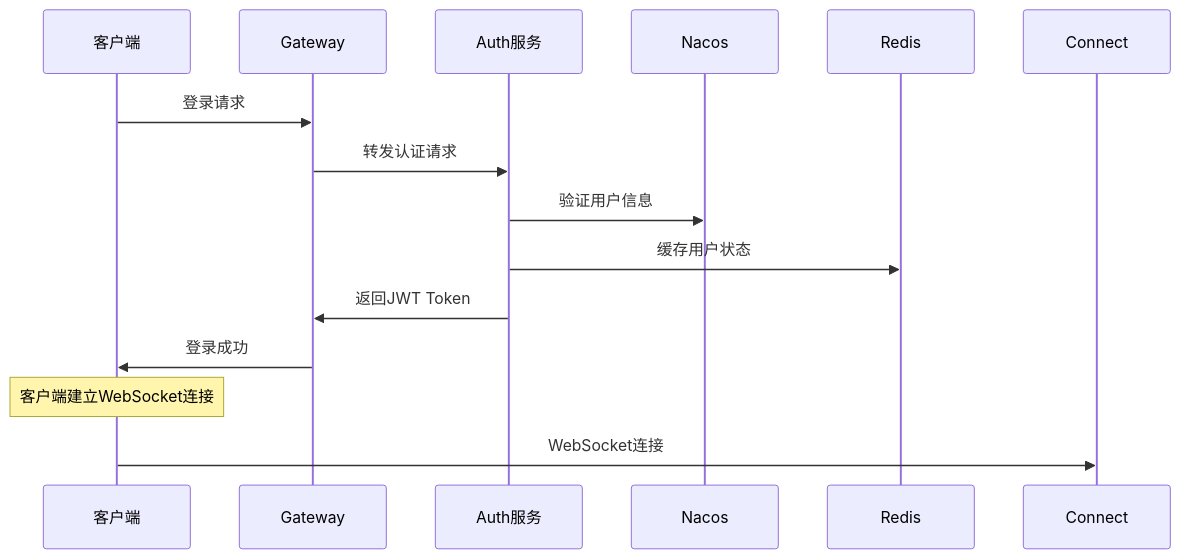
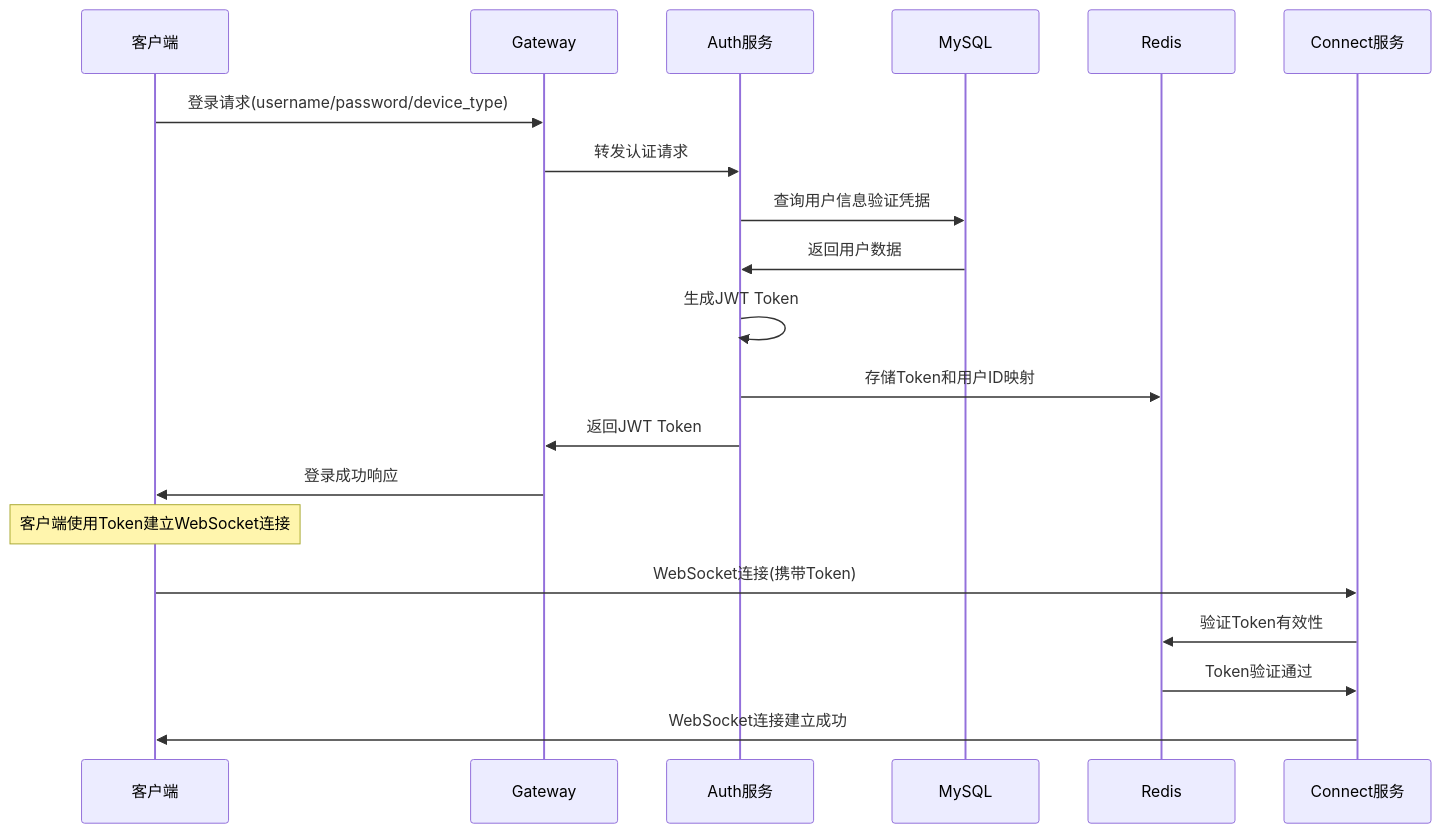
The second of 4 diagrams in 系统架构图.md (598572/xzll-im-server), drawn with Mermaid before and after one commit. The commit also changed other lines of this file and 1 other file, not shown here.

Commit message:
系统架构图编辑

````diff
--- a/系统架构图.md
+++ b/系统架构图.md
@@ -172,17 +167,23 @@
 ```mermaid
 sequenceDiagram
     participant C as 客户端
     participant G as Gateway
     participant A as Auth服务
-    participant N as Nacos
+    participant M as MySQL
     participant R as Redis
+    participant CON as Connect服务
 
-    C->>G: 登录请求
+    C->>G: 登录请求(username/password/device_type)
     G->>A: 转发认证请求
-    A->>N: 验证用户信息
-    A->>R: 缓存用户状态
+    A->>M: 查询用户信息验证凭据
+    M->>A: 返回用户数据
+    A->>A: 生成JWT Token
+    A->>R: 存储Token和用户ID映射
     A->>G: 返回JWT Token
-    G->>C: 登录成功
-    Note over C: 客户端建立WebSocket连接
-    C->>Connect: WebSocket连接
+    G->>C: 登录成功响应
+    Note over C: 客户端使用Token建立WebSocket连接
+    C->>CON: WebSocket连接(携带Token)
+    CON->>R: 验证Token有效性
+    R->>CON: Token验证通过
+    CON->>C: WebSocket连接建立成功
 ```
````
